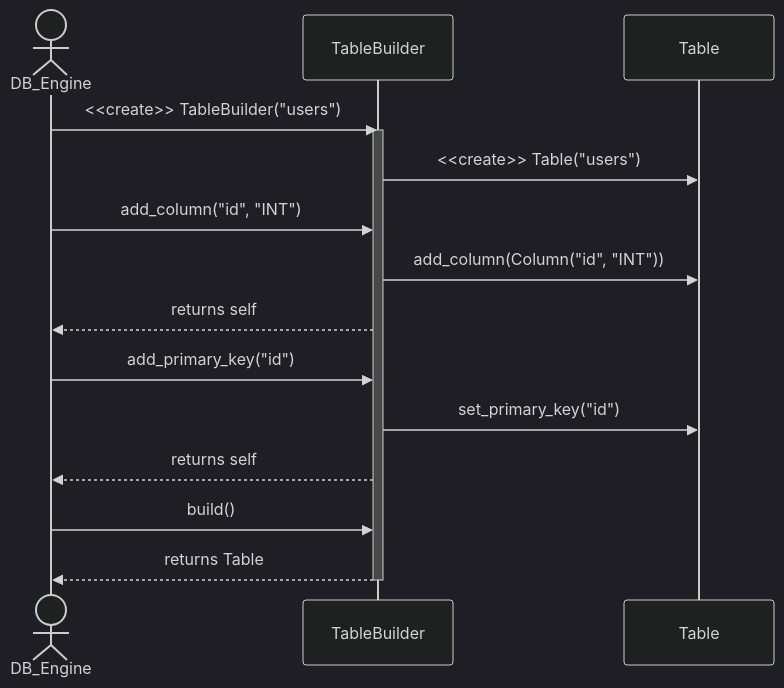
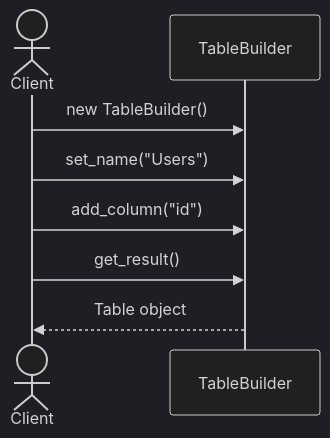
The sixth of 20 diagrams in DPSuggest.md (TamBui1706/DBMS), drawn with Mermaid (dark theme) before and after one commit. The commit also changed other lines of this file, not shown here.

Commit message:
table Design Patterns

````diff
--- a/DPSuggest.md
+++ b/DPSuggest.md
@@ -345,22 +218,11 @@
 ```mermaid
 sequenceDiagram
-    actor DB_Engine
+    actor Client
     participant Builder as TableBuilder
-    participant Tbl as Table
     
-    DB_Engine->>Builder: <<create>> TableBuilder("users")
-    activate Builder
-    Builder->>Tbl: <<create>> Table("users")
-    
-    DB_Engine->>Builder: add_column("id", "INT")
-    Builder->>Tbl: add_column(Column("id", "INT"))
-    Builder-->>DB_Engine: returns self
-    
-    DB_Engine->>Builder: add_primary_key("id")
-    Builder->>Tbl: set_primary_key("id")
-    Builder-->>DB_Engine: returns self
-    
-    DB_Engine->>Builder: build()
-    Builder-->>DB_Engine: returns Table
-    deactivate Builder
+    Client->>Builder: new TableBuilder()
+    Client->>Builder: set_name("Users")
+    Client->>Builder: add_column("id")
+    Client->>Builder: get_result()
+    Builder-->>Client: Table object
 ```
````
